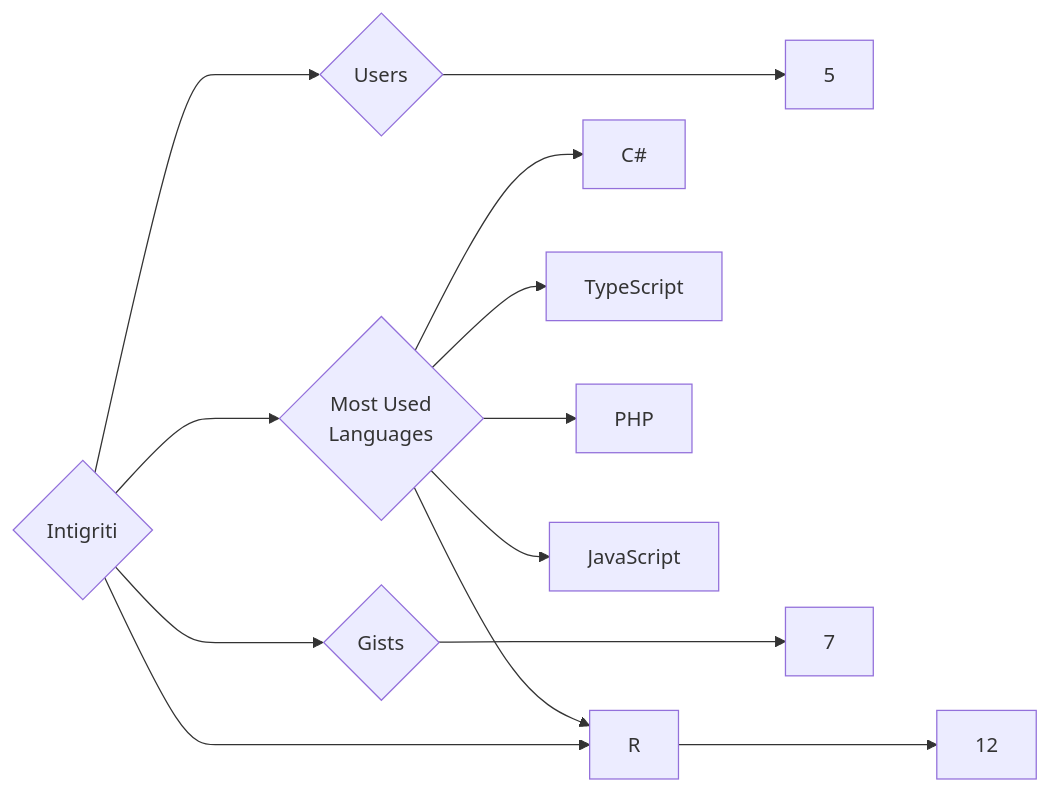
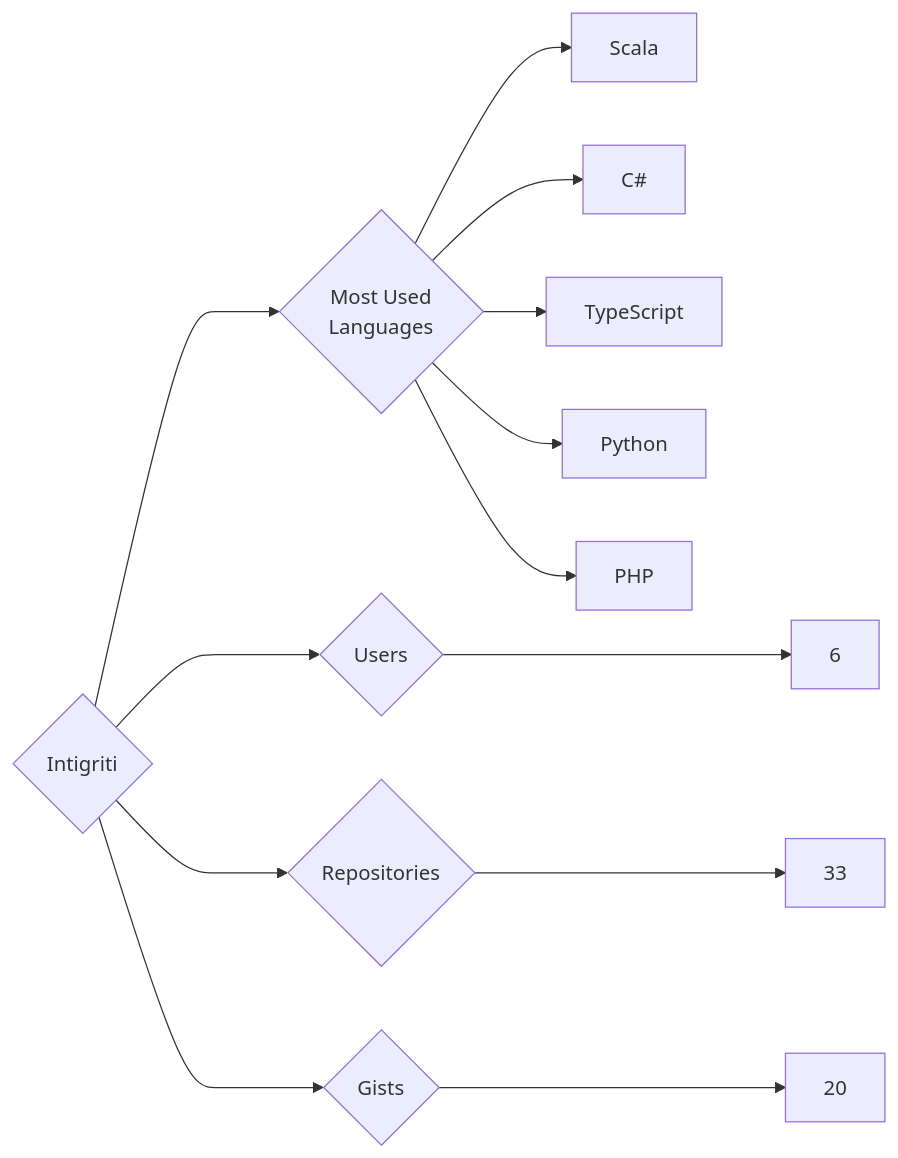
One commit to trickest/insiders changed the diagram in targets/Intigriti/README.md. Above: the diagram before and after it, drawn with Mermaid. The commit also changed 938 other files, not shown here.

````diff
--- a/targets/Intigriti/README.md
+++ b/targets/Intigriti/README.md
@@ -3,13 +3,13 @@
 ```mermaid
 graph LR
 COMPANY_NAME{Intigriti}
-COMPANY_NAME ---> U{Users} ---> UN[5]
-COMPANY_NAME ---> R{Repositories} ---> RN[12]
-COMPANY_NAME ---> G{Gists} ---> GN[7]
+COMPANY_NAME ---> U{Users} ---> UN[6]
+COMPANY_NAME ---> R{Repositories} ---> RN[33]
+COMPANY_NAME ---> G{Gists} ---> GN[20]
 COMPANY_NAME ---> ML{Most Used<br>Languages}
+ML --> Scala[Scala]
 ML --> C#[C#]
 ML --> TypeScript[TypeScript]
+ML --> Python[Python]
 ML --> PHP[PHP]
-ML --> R[R]
-ML --> JavaScript[JavaScript]
 ```
````
